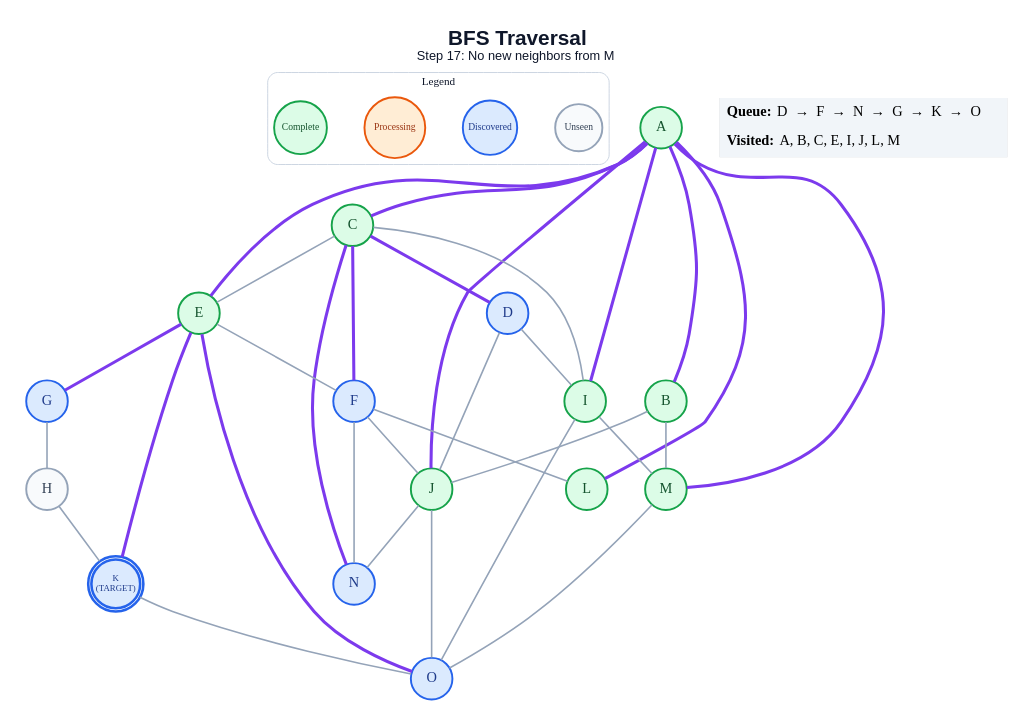
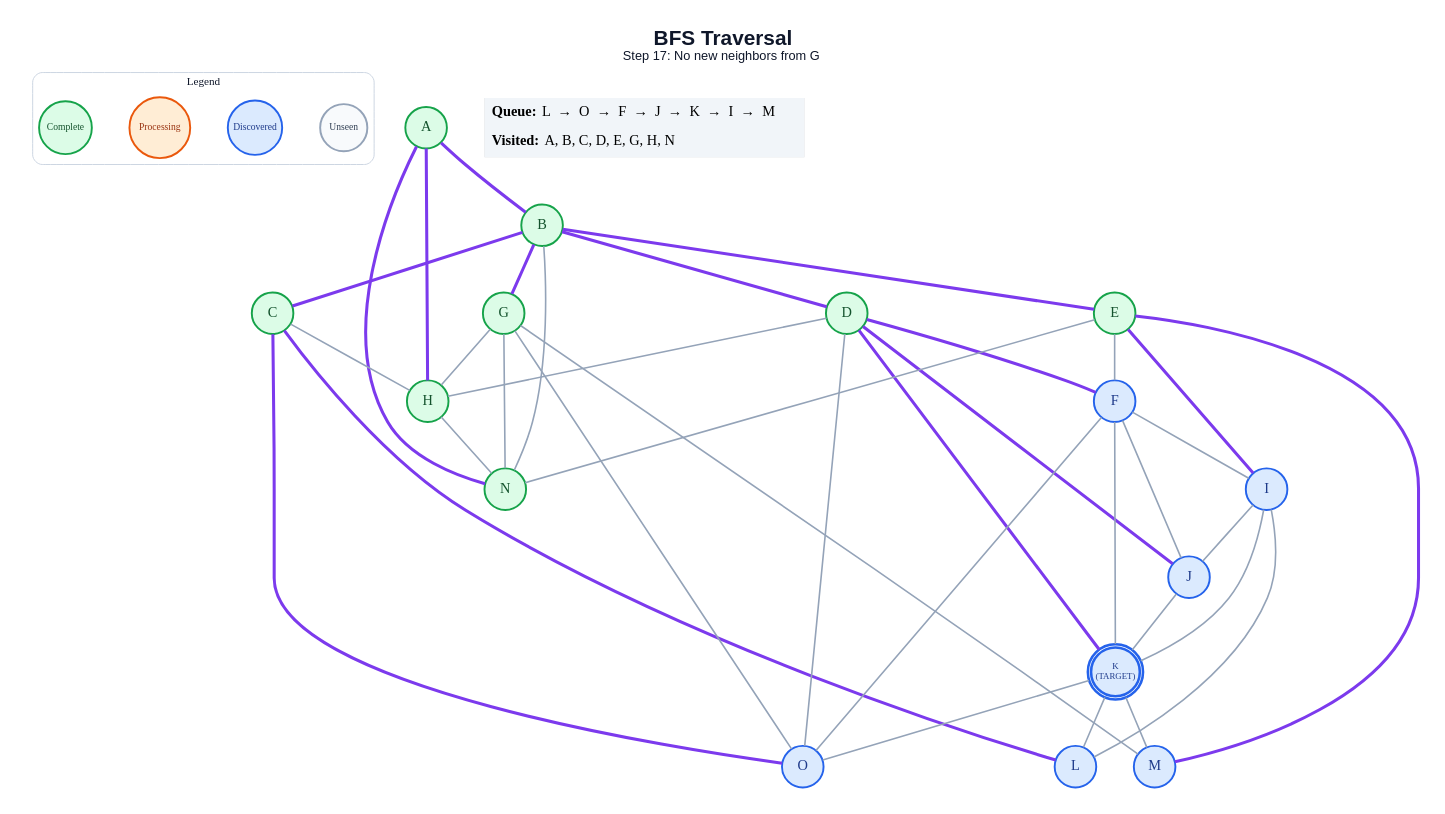
Before and after one commit to anon7238593-create/ai-slop: the diagram in generated/specific-node/bfs/step_17.dot, drawn with Graphviz. The commit also changed 273 other files, not shown here.

```diff
--- a/generated/specific-node/bfs/step_17.dot
+++ b/generated/specific-node/bfs/step_17.dot
@@ -1,65 +1,70 @@
 graph traversal {
   graph [layout=dot, rankdir=TB, bgcolor="#FFFFFF", pad="0.35", nodesep="0.65", ranksep="0.8", fontname="Arial"];
   node [shape=circle, style="filled", fontname="Arial Bold", fontsize=18, width=0.72, fixedsize=true, penwidth=2.4];
   edge [color="#94A3B8", penwidth=2.0];
-  label=<<B>BFS Traversal</B><BR/><FONT POINT-SIZE="16">Step 17: No new neighbors from M</FONT>>; labelloc="t"; fontsize=26; fontname="Arial"; fontcolor="#0F172A";
+  label=<<B>BFS Traversal</B><BR/><FONT POINT-SIZE="16">Step 17: No new neighbors from G</FONT>>; labelloc="t"; fontsize=26; fontname="Arial"; fontcolor="#0F172A";
   subgraph cluster_legend { label="Legend"; color="#CBD5E1"; penwidth=1.2; style="rounded"; fontsize=14; fontname="Arial Bold";
     key_unseen [label="Unseen", fillcolor="#F8FAFC", color="#94A3B8", fontcolor="#334155", fontsize=12, width=0.82];
     key_frontier [label="Discovered", fillcolor="#DBEAFE", color="#2563EB", fontcolor="#1E3A8A", fontsize=12, width=0.95];
     key_current [label="Processing", fillcolor="#FFEDD5", color="#EA580C", fontcolor="#9A3412", fontsize=12, width=1.05];
     key_done [label="Complete", fillcolor="#DCFCE7", color="#16A34A", fontcolor="#14532D", fontsize=12, width=0.92];
     { rank=same; key_unseen; key_frontier; key_current; key_done; }
   }
   A [label="A", fillcolor="#DCFCE7", color="#16A34A", fontcolor="#14532D", peripheries=1, penwidth=2.4];
   B [label="B", fillcolor="#DCFCE7", color="#16A34A", fontcolor="#14532D", peripheries=1, penwidth=2.4];
   C [label="C", fillcolor="#DCFCE7", color="#16A34A", fontcolor="#14532D", peripheries=1, penwidth=2.4];
-  D [label="D", fillcolor="#DBEAFE", color="#2563EB", fontcolor="#1E3A8A", peripheries=1, penwidth=2.4];
+  D [label="D", fillcolor="#DCFCE7", color="#16A34A", fontcolor="#14532D", peripheries=1, penwidth=2.4];
   E [label="E", fillcolor="#DCFCE7", color="#16A34A", fontcolor="#14532D", peripheries=1, penwidth=2.4];
   F [label="F", fillcolor="#DBEAFE", color="#2563EB", fontcolor="#1E3A8A", peripheries=1, penwidth=2.4];
-  G [label="G", fillcolor="#DBEAFE", color="#2563EB", fontcolor="#1E3A8A", peripheries=1, penwidth=2.4];
-  H [label="H", fillcolor="#F8FAFC", color="#94A3B8", fontcolor="#334155", peripheries=1, penwidth=2.4];
-  I [label="I", fillcolor="#DCFCE7", color="#16A34A", fontcolor="#14532D", peripheries=1, penwidth=2.4];
-  J [label="J", fillcolor="#DCFCE7", color="#16A34A", fontcolor="#14532D", peripheries=1, penwidth=2.4];
+  G [label="G", fillcolor="#DCFCE7", color="#16A34A", fontcolor="#14532D", peripheries=1, penwidth=2.4];
+  H [label="H", fillcolor="#DCFCE7", color="#16A34A", fontcolor="#14532D", peripheries=1, penwidth=2.4];
+  I [label="I", fillcolor="#DBEAFE", color="#2563EB", fontcolor="#1E3A8A", peripheries=1, penwidth=2.4];
+  J [label="J", fillcolor="#DBEAFE", color="#2563EB", fontcolor="#1E3A8A", peripheries=1, penwidth=2.4];
   K [label="K\n(TARGET)", fillcolor="#DBEAFE", color="#2563EB", fontcolor="#1E3A8A", peripheries=2, penwidth=3.2, fontsize=11, width=0.85, height=0.85];
-  L [label="L", fillcolor="#DCFCE7", color="#16A34A", fontcolor="#14532D", peripheries=1, penwidth=2.4];
-  M [label="M", fillcolor="#DCFCE7", color="#16A34A", fontcolor="#14532D", peripheries=1, penwidth=2.4];
-  N [label="N", fillcolor="#DBEAFE", color="#2563EB", fontcolor="#1E3A8A", peripheries=1, penwidth=2.4];
+  L [label="L", fillcolor="#DBEAFE", color="#2563EB", fontcolor="#1E3A8A", peripheries=1, penwidth=2.4];
+  M [label="M", fillcolor="#DBEAFE", color="#2563EB", fontcolor="#1E3A8A", peripheries=1, penwidth=2.4];
+  N [label="N", fillcolor="#DCFCE7", color="#16A34A", fontcolor="#14532D", peripheries=1, penwidth=2.4];
   O [label="O", fillcolor="#DBEAFE", color="#2563EB", fontcolor="#1E3A8A", peripheries=1, penwidth=2.4];
   A -- B [color="#7C3AED", penwidth=3.8];
-  A -- C [color="#7C3AED", penwidth=3.8];
-  A -- E [color="#7C3AED", penwidth=3.8];
-  A -- I [color="#7C3AED", penwidth=3.8];
-  A -- J [color="#7C3AED", penwidth=3.8];
-  A -- L [color="#7C3AED", penwidth=3.8];
-  A -- M [color="#7C3AED", penwidth=3.8];
-  B -- J;
-  B -- M;
-  C -- D [color="#7C3AED", penwidth=3.8];
-  C -- E;
-  C -- F [color="#7C3AED", penwidth=3.8];
-  C -- I;
-  C -- N [color="#7C3AED", penwidth=3.8];
-  D -- I;
-  D -- J;
+  A -- H [color="#7C3AED", penwidth=3.8];
+  A -- N [color="#7C3AED", penwidth=3.8];
+  B -- C [color="#7C3AED", penwidth=3.8];
+  B -- D [color="#7C3AED", penwidth=3.8];
+  B -- E [color="#7C3AED", penwidth=3.8];
+  B -- G [color="#7C3AED", penwidth=3.8];
+  B -- N;
+  C -- H;
+  C -- L [color="#7C3AED", penwidth=3.8];
+  C -- O [color="#7C3AED", penwidth=3.8];
+  D -- F [color="#7C3AED", penwidth=3.8];
+  D -- H;
+  D -- J [color="#7C3AED", penwidth=3.8];
+  D -- K [color="#7C3AED", penwidth=3.8];
+  D -- O;
   E -- F;
-  E -- G [color="#7C3AED", penwidth=3.8];
-  E -- K [color="#7C3AED", penwidth=3.8];
-  E -- O [color="#7C3AED", penwidth=3.8];
+  E -- I [color="#7C3AED", penwidth=3.8];
+  E -- M [color="#7C3AED", penwidth=3.8];
+  E -- N;
+  F -- I;
   F -- J;
-  F -- L;
-  F -- N;
+  F -- K;
+  F -- O;
   G -- H;
-  H -- K;
-  I -- M;
-  I -- O;
-  J -- N;
-  J -- O;
+  G -- M;
+  G -- N;
+  G -- O;
+  H -- N;
+  I -- J;
+  I -- K;
+  I -- L;
+  J -- K;
+  K -- L;
+  K -- M;
   K -- O;
-  M -- O;
   status [shape=plain, fixedsize=false, width=0, height=0, margin=0, label=<
     <TABLE BORDER="0" CELLBORDER="0" CELLPADDING="7" BGCOLOR="#F1F5F9">
-      <TR><TD ALIGN="LEFT"><B>Queue:</B> D  →  F  →  N  →  G  →  K  →  O</TD></TR>
-      <TR><TD ALIGN="LEFT"><B>Visited:</B> A, B, C, E, I, J, L, M</TD></TR>
+      <TR><TD ALIGN="LEFT"><B>Queue:</B> L  →  O  →  F  →  J  →  K  →  I  →  M</TD></TR>
+      <TR><TD ALIGN="LEFT"><B>Visited:</B> A, B, C, D, E, G, H, N</TD></TR>
     </TABLE>
   >];
 }
```
